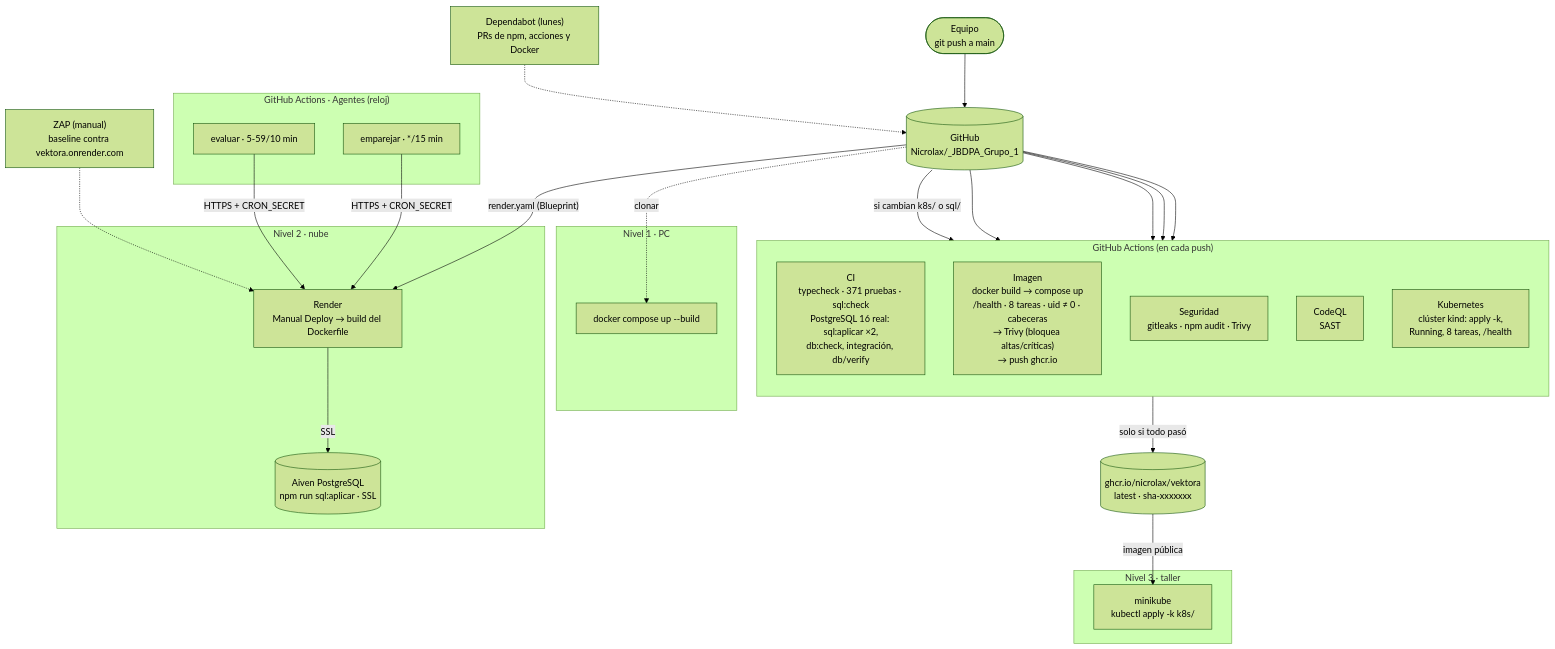
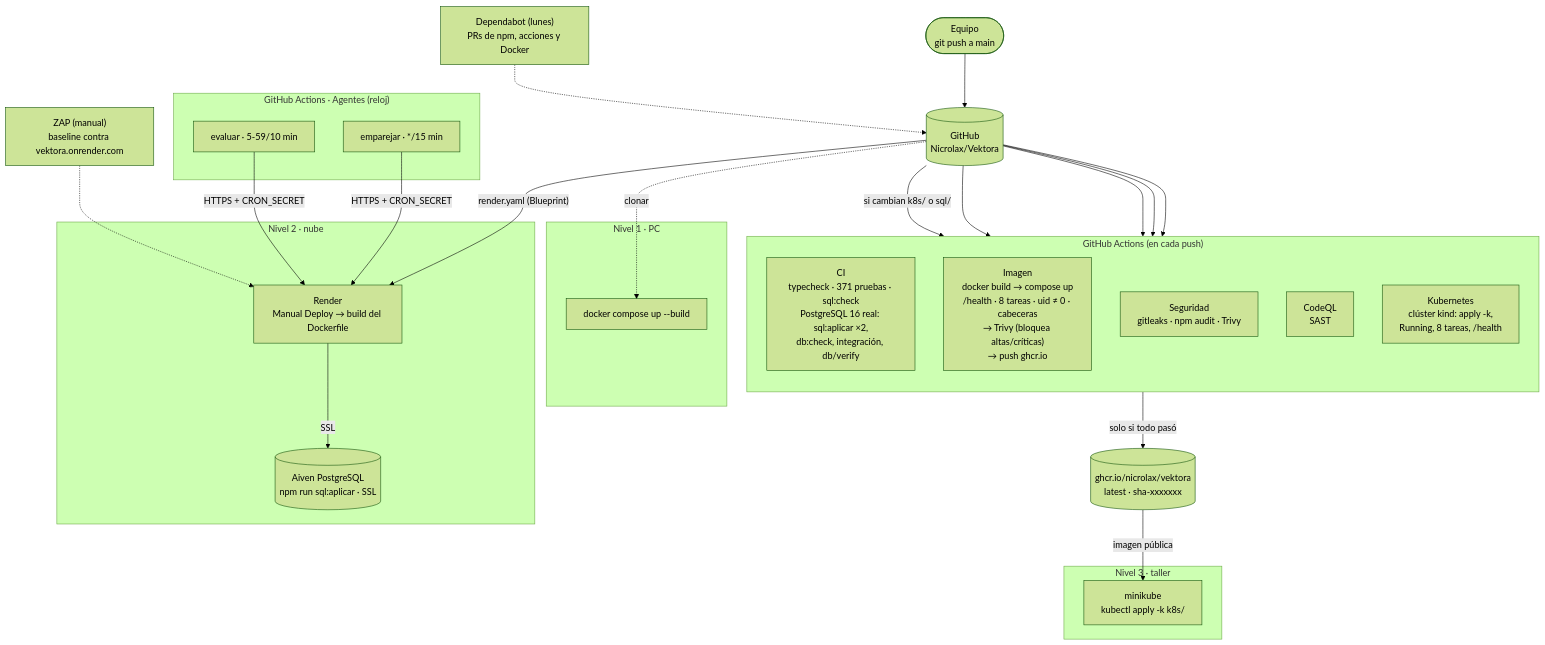
The diagram in docs/diagramas/despliegue.md (Nicrolax/Vektora), drawn with Mermaid (forest theme) before and after one commit. The commit also changed 5 other files, not shown here.

First line of the commit message:
Actualizar el nombre del repositorio a Nicrolax/Vektora

````diff
--- a/docs/diagramas/despliegue.md
+++ b/docs/diagramas/despliegue.md
@@ -6,44 +6,44 @@
 ```mermaid
 flowchart TB
-    dev(["Equipo<br/>git push a main"]) --> repo[("GitHub<br/>Nicrolax/_JBDPA_Grupo_1")]
+    dev(["Equipo<br/>git push a main"]) --> repo[("GitHub<br/>Nicrolax/Vektora")]
 
     subgraph actions["GitHub Actions (en cada push)"]
         direction TB
         ci["CI<br/>typecheck · 371 pruebas · sql:check<br/>PostgreSQL 16 real: sql:aplicar ×2,<br/>db:check, integración, db/verify"]
         img["Imagen<br/>docker build → compose up<br/>/health · 8 tareas · uid ≠ 0 · cabeceras<br/>→ Trivy (bloquea altas/críticas)<br/>→ push ghcr.io"]
         seg["Seguridad<br/>gitleaks · npm audit · Trivy"]
         cql["CodeQL<br/>SAST"]
         k8s["Kubernetes<br/>clúster kind: apply -k,<br/>Running, 8 tareas, /health"]
     end
 
     repo --> ci & img & seg & cql
     repo -->|"si cambian k8s/ o sql/"| k8s
 
     ghcr[("ghcr.io/nicrolax/vektora<br/>latest · sha-xxxxxxx")]
     img -->|"solo si todo pasó"| ghcr
 
     subgraph n1["Nivel 1 · PC"]
         compose["docker compose up --build"]
     end
     subgraph n2["Nivel 2 · nube"]
         render["Render<br/>Manual Deploy → build del Dockerfile"]
         aiven[("Aiven PostgreSQL<br/>npm run sql:aplicar · SSL")]
         render -->|SSL| aiven
     end
     subgraph n3["Nivel 3 · taller"]
         mk["minikube<br/>kubectl apply -k k8s/"]
     end
 
     repo -.->|"clonar"| compose
     repo -->|"render.yaml (Blueprint)"| render
     ghcr -->|"imagen pública"| mk
 
     subgraph agentes["GitHub Actions · Agentes (reloj)"]
         e["emparejar · */15 min"]
         v["evaluar · 5-59/10 min"]
     end
     e & v -->|"HTTPS + CRON_SECRET"| render
 
     zap["ZAP (manual)<br/>baseline contra vektora.onrender.com"] -.-> render
     dep["Dependabot (lunes)<br/>PRs de npm, acciones y Docker"] -.-> repo
 ```
````
